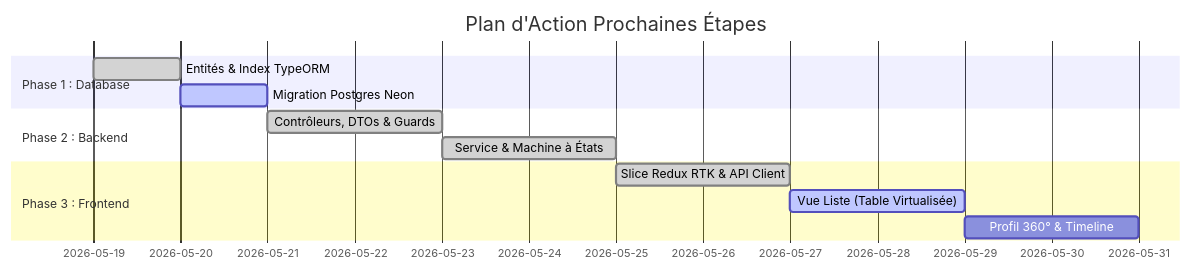
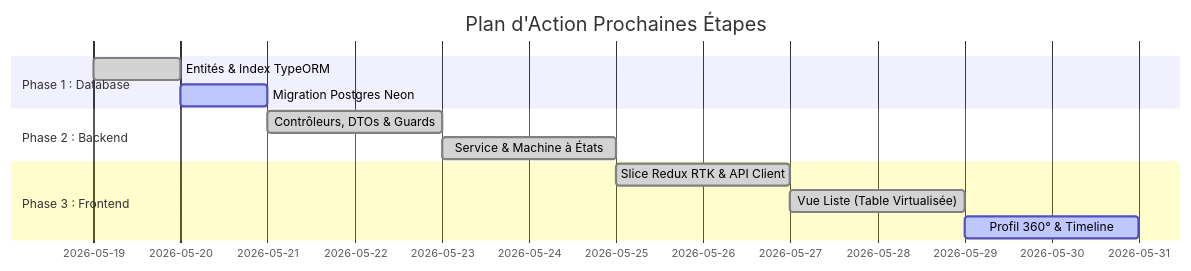
Before and after one commit to Lontsi-Hernandez/SIRH: the diagram in development_tracker.md, drawn with Mermaid. The commit also changed other lines of this file and 1 other file, not shown here.

````diff
--- a/development_tracker.md
+++ b/development_tracker.md
@@ -47,15 +47,15 @@
 ```mermaid
 gantt
     title Plan d'Action Prochaines Étapes
     dateFormat  YYYY-MM-DD
     section Phase 1 : Database
     Entités & Index TypeORM         :done, db1, 2026-05-19, 1d
     Migration Postgres Neon          :active, db2, after db1, 1d
     section Phase 2 : Backend
     Contrôleurs, DTOs & Guards      :done, be1, after db2, 2d
     Service & Machine à États       :done, be2, after be1, 2d
     section Phase 3 : Frontend
     Slice Redux RTK & API Client    :done, fe1, after be2, 2d
-    Vue Liste (Table Virtualisée)   :active, fe2, after fe1, 2d
-    Profil 360° & Timeline          :fe3, after fe2, 2d
+    Vue Liste (Table Virtualisée)   :done, fe2, after fe1, 2d
+    Profil 360° & Timeline          :active, fe3, after fe2, 2d
 ```
````
